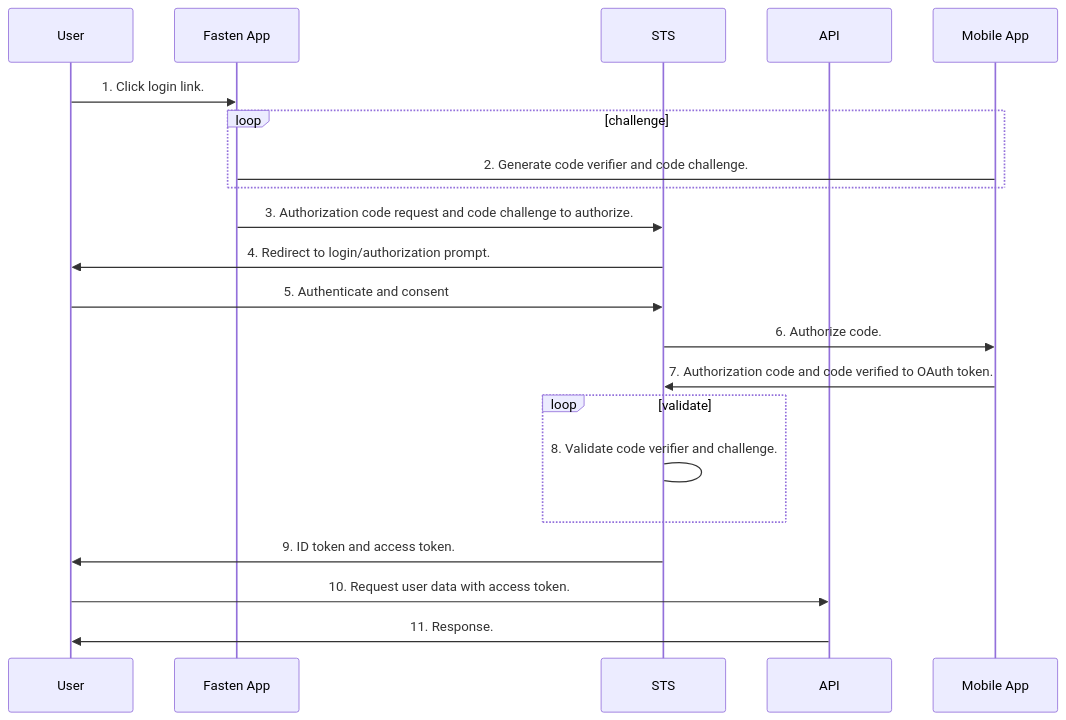
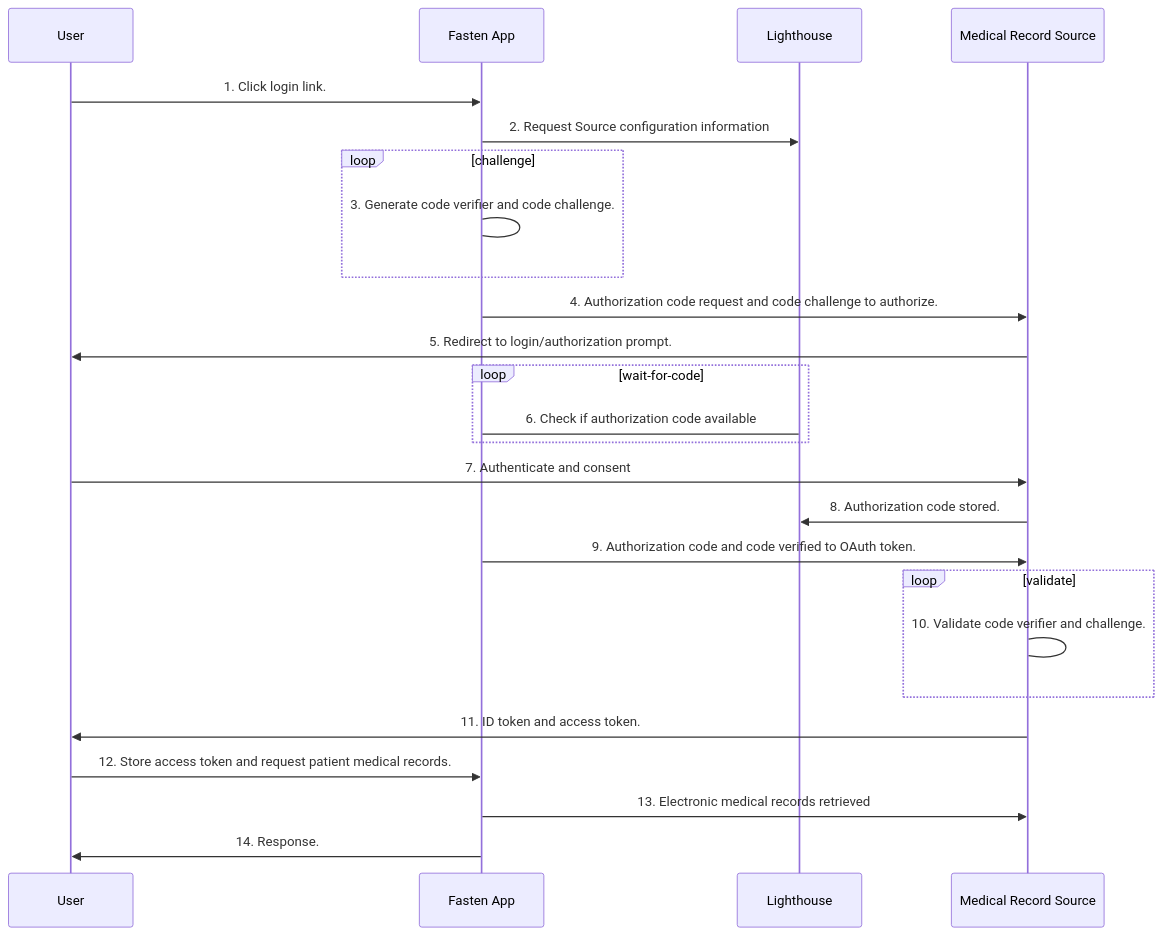
The diagram in ARCHITECTURE.md (fastenhealth/docs), drawn with Mermaid before and after one commit. The commit also changed other lines of this file and 1 other file, not shown here.

Commit message:
vault backup: 2022-09-13 22:06:47

````diff
--- a/ARCHITECTURE.md
+++ b/ARCHITECTURE.md
@@ -2,29 +2,37 @@
 ```mermaid
 sequenceDiagram
     participant User
     participant Fasten App
-    participant STS
-    participant API
+    participant Lighthouse
+    participant Medical Record Source
 	
 
     User->>Fasten App: 1. Click login link.
-    
+
+	Fasten App->>Lighthouse: 2. Request Source configuration information
+
     loop challenge
-    Fasten App->Mobile App: 2. Generate code verifier and code challenge.
+    Fasten App->Fasten App: 3. Generate code verifier and code challenge.
     end
     
-    Fasten App->>STS: 3. Authorization code request and code challenge to authorize.
-    STS->>User: 4. Redirect to login/authorization prompt.
-    User->>STS: 5. Authenticate and consent
-    STS->>Mobile App: 6. Authorize code.
-    Mobile App->>STS: 7. Authorization code and code verified to OAuth token.
+    Fasten App->>Medical Record Source: 4. Authorization code request and code challenge to authorize.
+    Medical Record Source->>User: 5. Redirect to login/authorization prompt.
+
+	loop wait-for-code
+    Fasten App->Lighthouse: 6. Check if authorization code available
+    end
+
+    User->>Medical Record Source: 7. Authenticate and consent
+    Medical Record Source->>Lighthouse: 8. Authorization code stored.
+    Fasten App->>Medical Record Source: 9. Authorization code and code verified to OAuth token.
     
     loop validate
-    STS->STS: 8. Validate code verifier and challenge.
+    Medical Record Source->Medical Record Source: 10. Validate code verifier and challenge.
     end
     
-    STS->>User: 9. ID token and access token.
-    User->>API: 10. Request user data with access token.
-    API->>User: 11. Response.
+    Medical Record Source->>User: 11. ID token and access token.
+    User->>Fasten App: 12. Store access token and request patient medical records.
+    Fasten App->>Medical Record Source: 13. Electronic medical records retrieved
+    Fasten App->>User: 14. Response.
 
 ```
````
